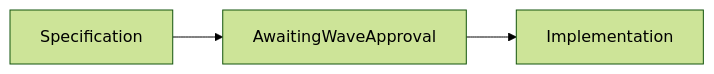
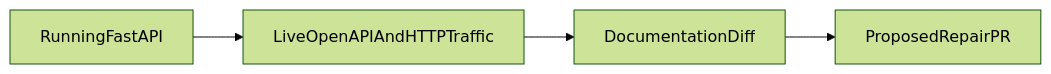
The diagram in README.md (rjrddy/x3-api-docs-drift-detector), drawn with Mermaid (forest theme) before and after one commit. The commit also changed other lines of this file and 9 other files, not shown here.

````diff
--- a/README.md
+++ b/README.md
@@ -9,4 +11,4 @@
 ```mermaid
 flowchart LR
-    Specification --> AwaitingWaveApproval --> Implementation
+    RunningFastAPI --> LiveOpenAPIAndHTTPTraffic --> DocumentationDiff --> ProposedRepairPR
 ```
````
